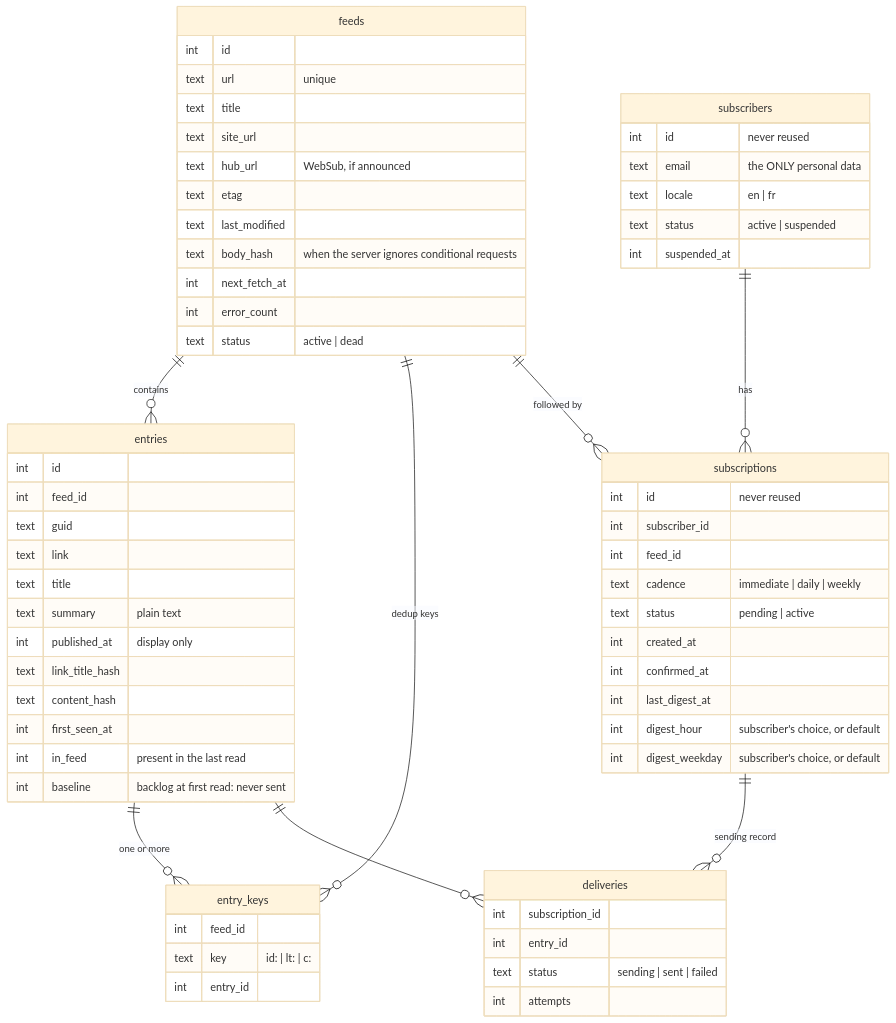
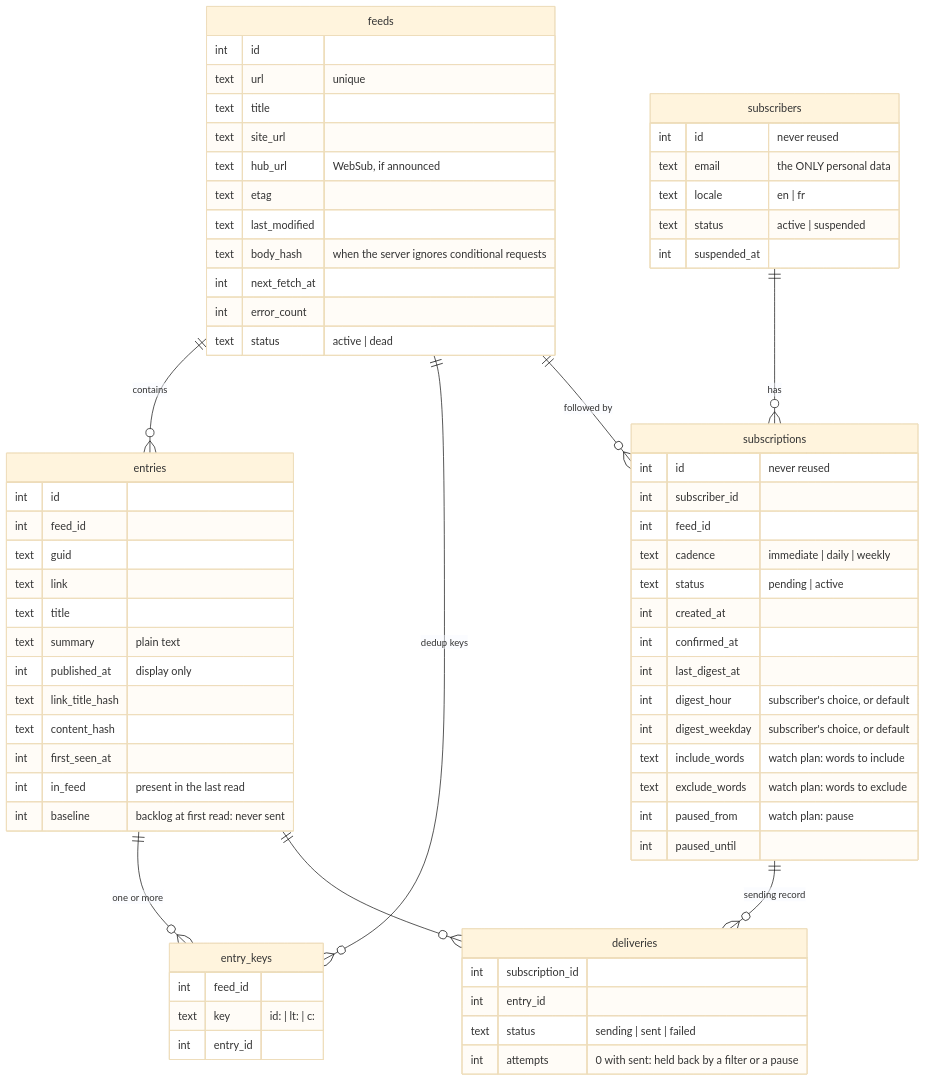
Before and after one commit to Feednotice/feednotice: the third of 3 diagrams in docs/design.md, drawn with Mermaid (base theme). The commit also changed other lines of this file and 16 other files, not shown here.

First line of the commit message:
feat(subscriptions): watch plan for readers, keyword filters and pauses

````diff
--- a/docs/design.md
+++ b/docs/design.md
@@ -112,68 +112,72 @@
 ```mermaid
 erDiagram
     feeds ||--o{ entries : contains
     feeds ||--o{ entry_keys : "dedup keys"
     entries ||--o{ entry_keys : "one or more"
     subscribers ||--o{ subscriptions : has
     feeds ||--o{ subscriptions : "followed by"
     subscriptions ||--o{ deliveries : "sending record"
     entries ||--o{ deliveries : ""
 
     feeds {
         int id
         text url "unique"
         text title
         text site_url
         text hub_url "WebSub, if announced"
         text etag
         text last_modified
         text body_hash "when the server ignores conditional requests"
         int next_fetch_at
         int error_count
         text status "active | dead"
     }
     entries {
         int id
         int feed_id
         text guid
         text link
         text title
         text summary "plain text"
         int published_at "display only"
         text link_title_hash
         text content_hash
         int first_seen_at
         int in_feed "present in the last read"
         int baseline "backlog at first read: never sent"
     }
     entry_keys {
         int feed_id
         text key "id: | lt: | c:"
         int entry_id
     }
     subscribers {
         int id "never reused"
         text email "the ONLY personal data"
         text locale "en | fr"
         text status "active | suspended"
         int suspended_at
     }
     subscriptions {
         int id "never reused"
         int subscriber_id
         int feed_id
         text cadence "immediate | daily | weekly"
         text status "pending | active"
         int created_at
         int confirmed_at
         int last_digest_at
         int digest_hour "subscriber's choice, or default"
         int digest_weekday "subscriber's choice, or default"
+        text include_words "watch plan: words to include"
+        text exclude_words "watch plan: words to exclude"
+        int paused_from "watch plan: pause"
+        int paused_until
     }
     deliveries {
         int subscription_id
         int entry_id
         text status "sending | sent | failed"
-        int attempts
+        int attempts "0 with sent: held back by a filter or a pause"
     }
 ```
````
